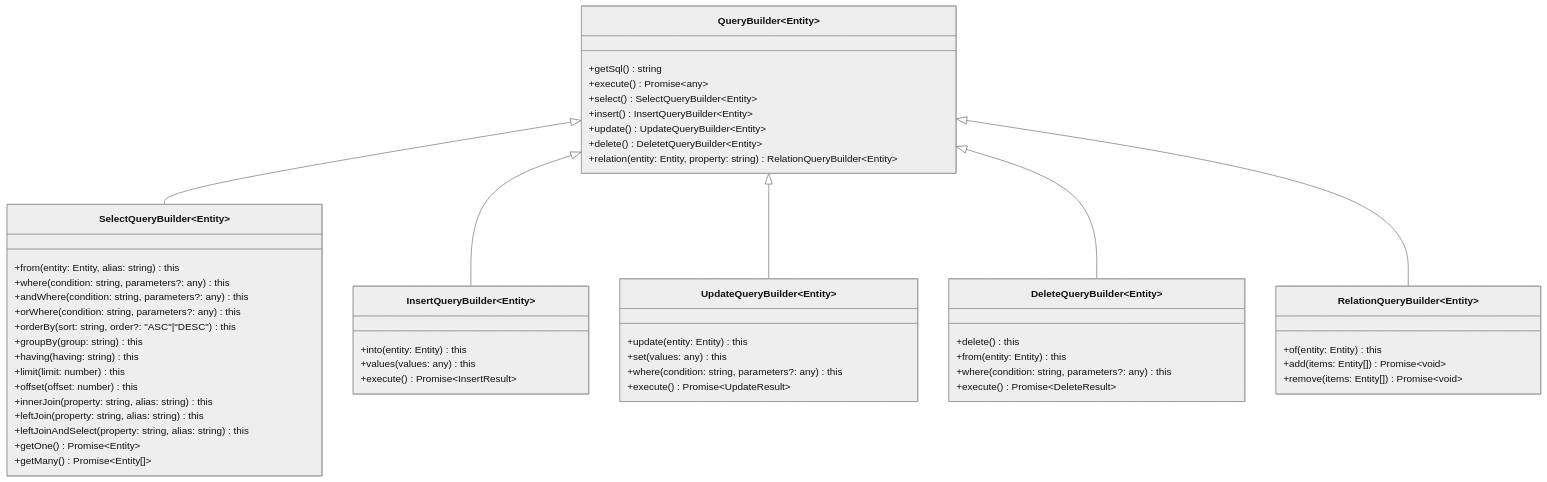
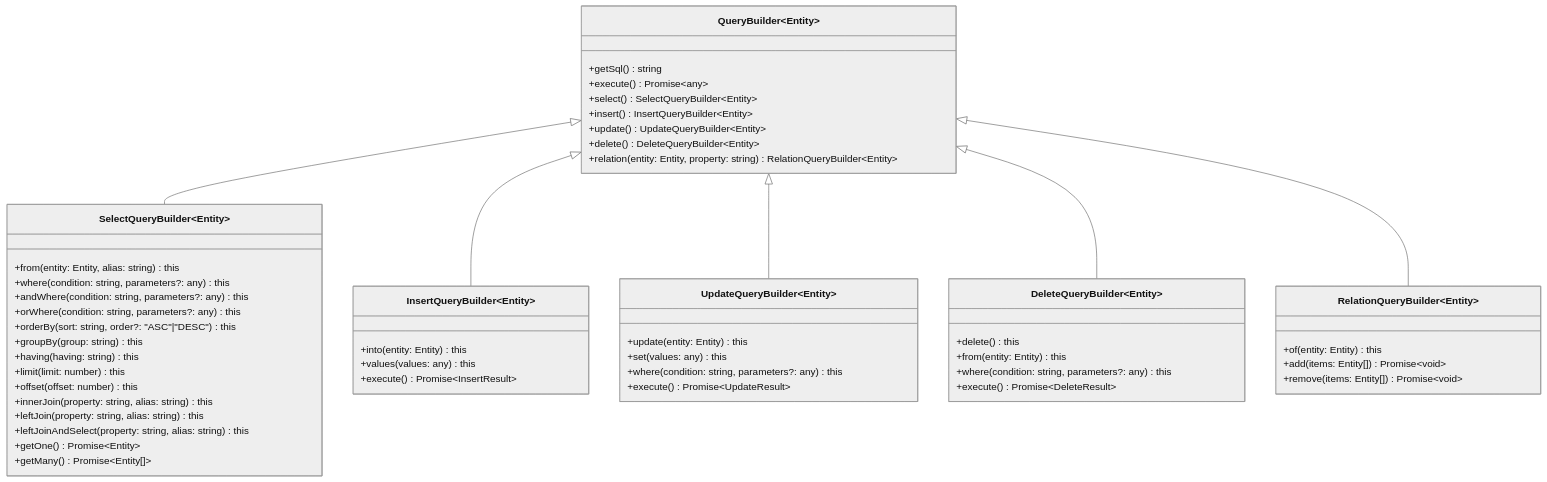
Before and after one commit to iacobucci/tesi-triennale: the tenth of 10 diagrams in 2-2-typeorm.md, drawn with Mermaid. The commit also changed other lines of this file and 15 other files, not shown here.

````diff
--- a/2-2-typeorm.md
+++ b/2-2-typeorm.md
@@ -1039,62 +1043,62 @@
 ```mermaid {height=5.2cm}
 %%{init: {'theme': 'neutral', 'mirrorActors': false} }%%
 classDiagram
     class QueryBuilder~Entity~ {
         +getSql() string
         +execute() Promise~any~
 		+select() SelectQueryBuilder~Entity~
 		+insert() InsertQueryBuilder~Entity~
 		+update() UpdateQueryBuilder~Entity~
-		+delete() DeletetQueryBuilder~Entity~
+		+delete() DeleteQueryBuilder~Entity~
 		+relation(entity: Entity, property: string) RelationQueryBuilder~Entity~
     }
 
     class SelectQueryBuilder~Entity~ {
         +from(entity: Entity, alias: string) this
         +where(condition: string, parameters?: any) this
         +andWhere(condition: string, parameters?: any) this
         +orWhere(condition: string, parameters?: any) this
         +orderBy(sort: string, order?: "ASC"|"DESC") this
         +groupBy(group: string) this
         +having(having: string) this
         +limit(limit: number) this
         +offset(offset: number) this
         +innerJoin(property: string, alias: string) this
         +leftJoin(property: string, alias: string) this
         +leftJoinAndSelect(property: string, alias: string) this
         +getOne() Promise~Entity~
         +getMany() Promise~Entity[]~
     }
 
     class InsertQueryBuilder~Entity~ {
         +into(entity: Entity) this
         +values(values: any) this
         +execute() Promise~InsertResult~
     }
 
     class UpdateQueryBuilder~Entity~ {
         +update(entity: Entity) this
         +set(values: any) this
         +where(condition: string, parameters?: any) this
         +execute() Promise~UpdateResult~
     }
 
     class DeleteQueryBuilder~Entity~ {
         +delete() this
         +from(entity: Entity) this
         +where(condition: string, parameters?: any) this
         +execute() Promise~DeleteResult~
     }
 
     class RelationQueryBuilder~Entity~ {
         +of(entity: Entity) this
         +add(items: Entity[]) Promise~void~
         +remove(items: Entity[]) Promise~void~
     }
 
     QueryBuilder <|-- SelectQueryBuilder
     QueryBuilder <|-- InsertQueryBuilder
     QueryBuilder <|-- UpdateQueryBuilder
     QueryBuilder <|-- DeleteQueryBuilder
     QueryBuilder <|-- RelationQueryBuilder
 ```
````
